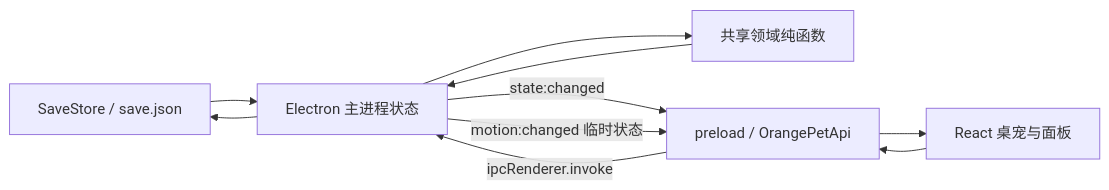
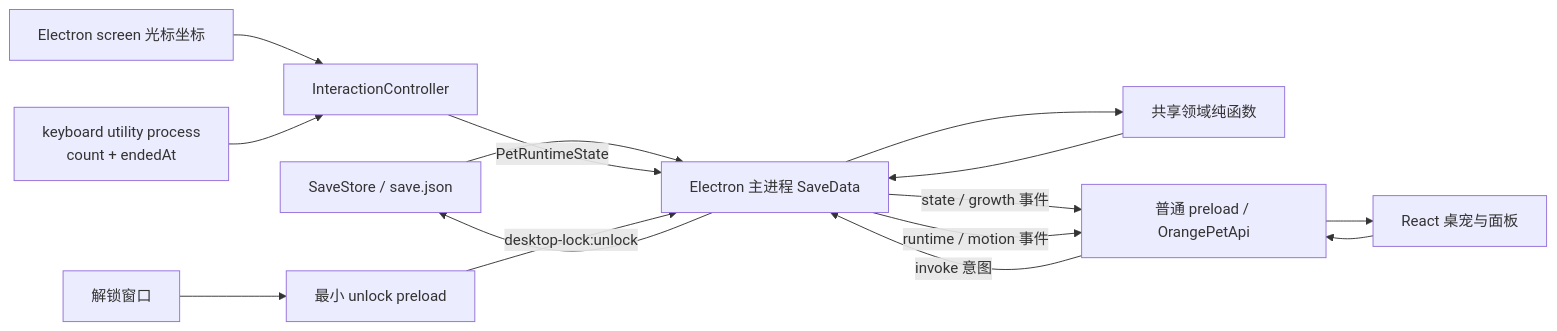
One commit to RizardSKs/little-orange-desktop-pet changed the diagram in docs/reference/ARCHITECTURE_AND_DATA_FLOW.md. Above: the diagram before and after it, drawn with Mermaid. The commit also changed other lines of this file and 15 other files, not shown here.

````diff
--- a/docs/reference/ARCHITECTURE_AND_DATA_FLOW.md
+++ b/docs/reference/ARCHITECTURE_AND_DATA_FLOW.md
@@ -41,12 +51,17 @@
 ```mermaid
 flowchart LR
-    S["SaveStore / save.json"] --> M["Electron 主进程状态"]
+    S["SaveStore / save.json"] --> M["Electron 主进程 SaveData"]
     M --> D["共享领域纯函数"]
     D --> M
-    R["React 桌宠与面板"] --> P["preload / OrangePetApi"]
-    P -->|"ipcRenderer.invoke"| M
-    M -->|"state:changed"| P
+    R["React 桌宠与面板"] --> P["普通 preload / OrangePetApi"]
+    P -->|"invoke 意图"| M
+    M -->|"state / growth 事件"| P
     P --> R
-    M -->|"motion:changed 临时状态"| P
+    C["Electron screen 光标坐标"] --> I["InteractionController"]
+    K["keyboard utility process\ncount + endedAt"] --> I
+    I -->|"PetRuntimeState"| M
+    M -->|"runtime / motion 事件"| P
     M --> S
+    U["解锁窗口"] --> Q["最小 unlock preload"]
+    Q -->|"desktop-lock:unlock"| M
 ```
````
